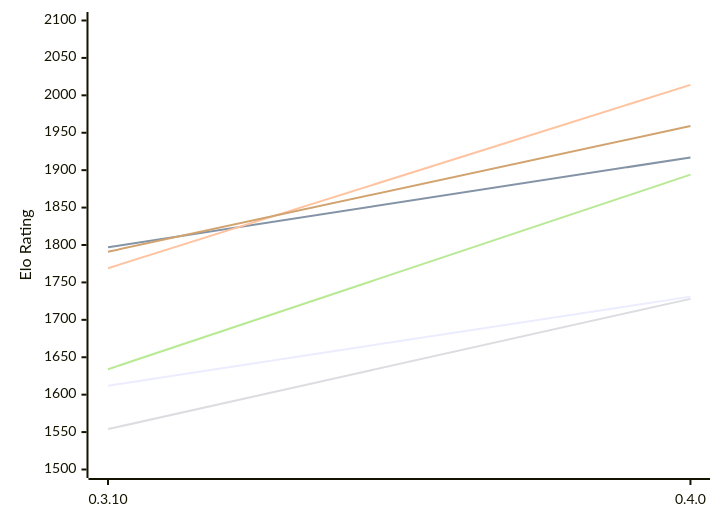
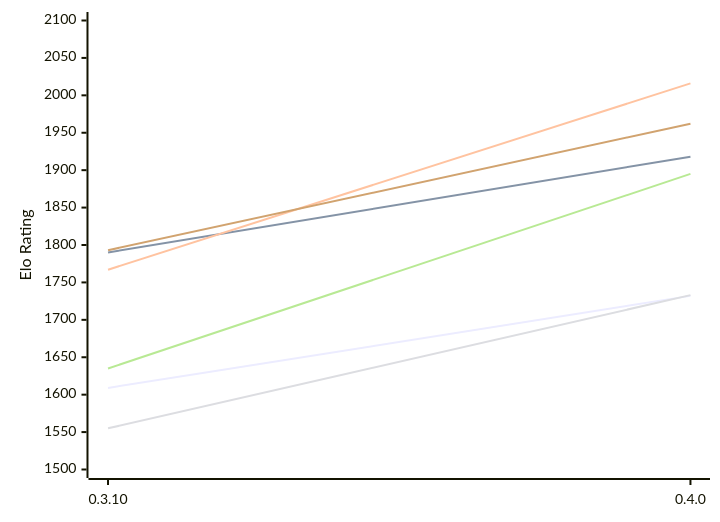
Before and after one commit to computer-chess-index/cci: the first of 2 diagrams in engines/Arche.md, drawn with Mermaid. The commit also changed other lines of this file, not shown here.

Commit message:
Update CCI Ratings (ELO VLTC) - 2026-11-24

````diff
--- a/engines/Arche.md
+++ b/engines/Arche.md
@@ -53,12 +53,12 @@
 ```mermaid
 %%{init: {"theme":"base","themeVariables":{"seriesColors:['#a3a3a3','#222221','#faa371']}}}%%
 xychart-beta
   x-axis ["0.3.10", "0.4.0"]
   y-axis "Elo Rating" 1500 --> 2100
-  line "E1: STC (8.0+0.08s)" [1612, 1731]
-  line "E1: LTC (60.0+0.60s)" [1797, 1917]
-  line "E1: VLTC (2m24s+1.12s)" [1769, 2014]
-  line "P1: STC (8.0+0.08s)" [1554, 1728]
-  line "P1: LTC (60.0+0.60s)" [1634, 1894]
-  line "P1: VLTC (2m24s+1.12s)" [1791, 1959]
+  line "E1: STC (8.0+0.08s)" [1609, 1732]
+  line "E1: LTC (60.0+0.60s)" [1790, 1918]
+  line "E1: VLTC (2m24s+1.12s)" [1767, 2016]
+  line "P1: STC (8.0+0.08s)" [1555, 1733]
+  line "P1: LTC (60.0+0.60s)" [1635, 1895]
+  line "P1: VLTC (2m24s+1.12s)" [1793, 1962]
 ```
````
